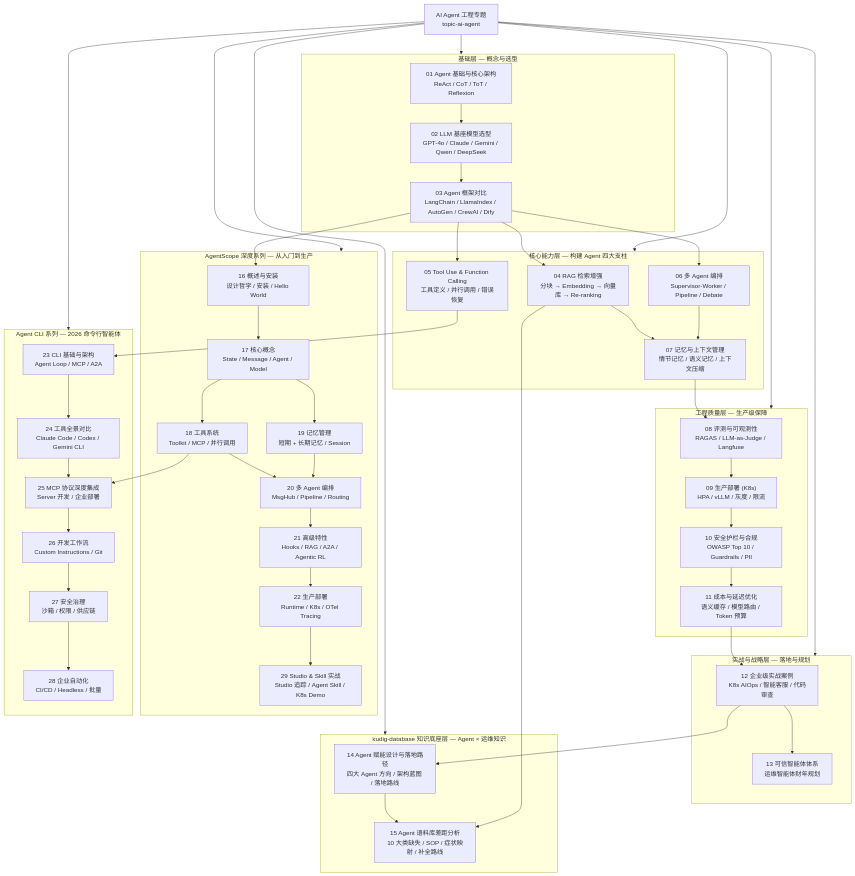
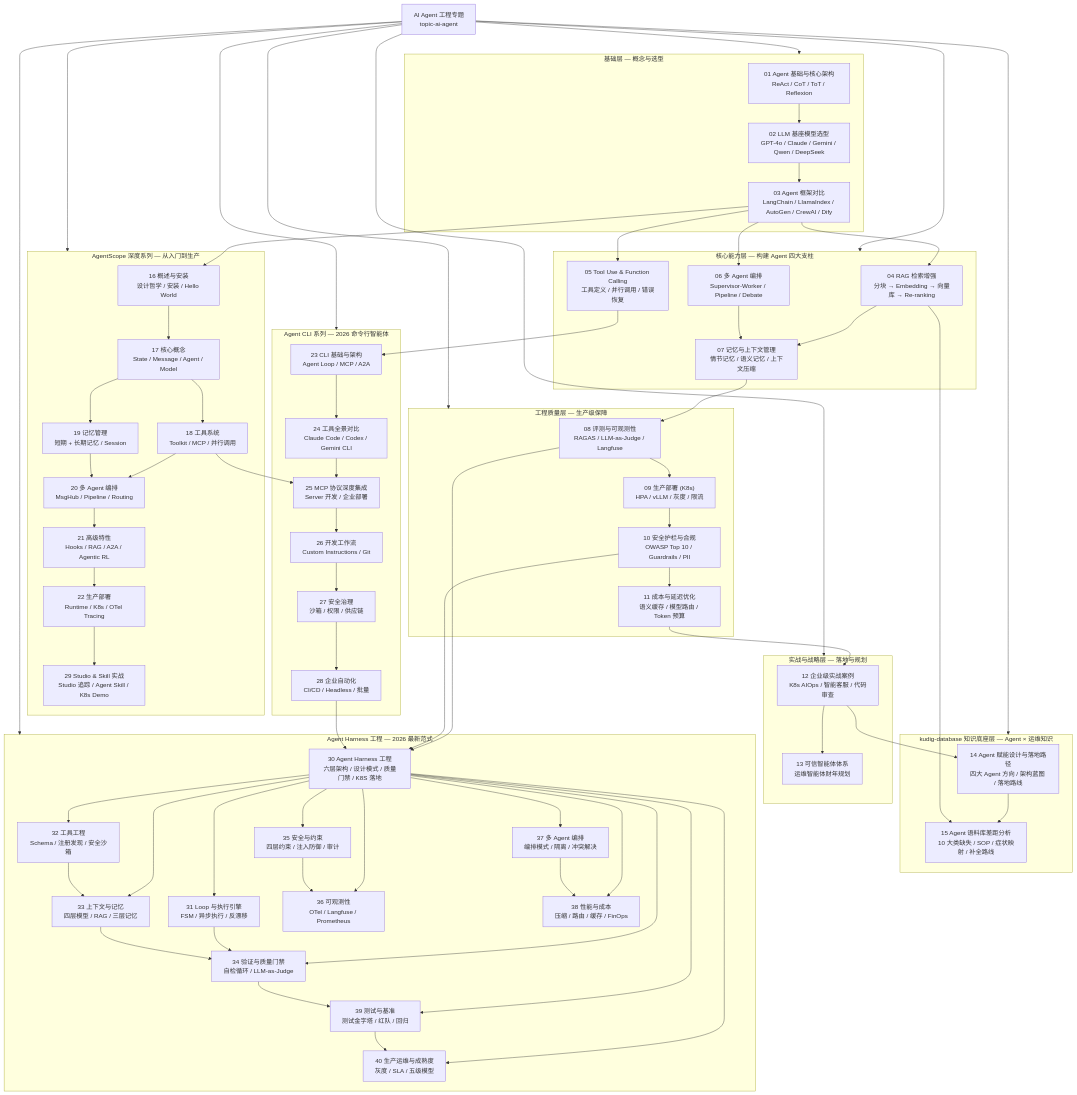
The diagram in topic-ai-agent/README.md (kudig-io/kudig-database), drawn with Mermaid before and after one commit. The commit also changed other lines of this file and 15 other files, not shown here.

````diff
--- a/topic-ai-agent/README.md
+++ b/topic-ai-agent/README.md
@@ -108,6 +120,20 @@
         A28["28 企业自动化<br/>CI/CD / Headless / 批量"]
     end
 
+    subgraph L8["Agent Harness 工程 — 2026 最新范式"]
+        A30["30 Agent Harness 工程<br/>六层架构 / 设计模式 / 质量门禁 / K8S 落地"]
+        A31["31 Loop 与执行引擎<br/>FSM / 异步执行 / 反漂移"]
+        A32["32 工具工程<br/>Schema / 注册发现 / 安全沙箱"]
+        A33["33 上下文与记忆<br/>四层模型 / RAG / 三层记忆"]
+        A34["34 验证与质量门禁<br/>自检循环 / LLM-as-Judge"]
+        A35["35 安全与约束<br/>四层约束 / 注入防御 / 审计"]
+        A36["36 可观测性<br/>OTel / Langfuse / Prometheus"]
+        A37["37 多 Agent 编排<br/>编排模式 / 隔离 / 冲突解决"]
+        A38["38 性能与成本<br/>压缩 / 路由 / 缓存 / FinOps"]
+        A39["39 测试与基准<br/>测试金字塔 / 红队 / 回归"]
+        A40["40 生产运维与成熟度<br/>灰度 / SLA / 五级模型"]
+    end
+
     ROOT --> L1
     ROOT --> L2
     ROOT --> L3
@@ -115,6 +141,7 @@
     ROOT --> L5
     ROOT --> L6
     ROOT --> L7
+    ROOT --> L8
 
     A01 --> A02
     A02 --> A03
@@ -148,4 +175,24 @@
     A26 --> A27
     A27 --> A28
     A18 --> A25
+    A08 --> A30
+    A10 --> A30
+    A28 --> A30
+    A30 --> A31
+    A30 --> A32
+    A30 --> A33
+    A30 --> A34
+    A30 --> A35
+    A30 --> A36
+    A30 --> A37
+    A30 --> A38
+    A30 --> A39
+    A30 --> A40
+    A31 --> A34
+    A32 --> A33
+    A33 --> A34
+    A34 --> A39
+    A35 --> A36
+    A37 --> A38
+    A39 --> A40
 ```
````
